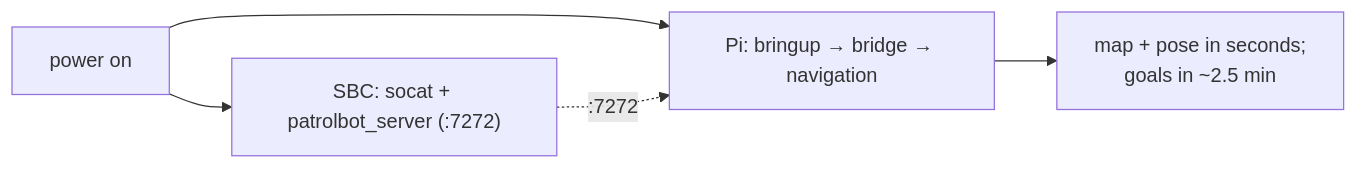
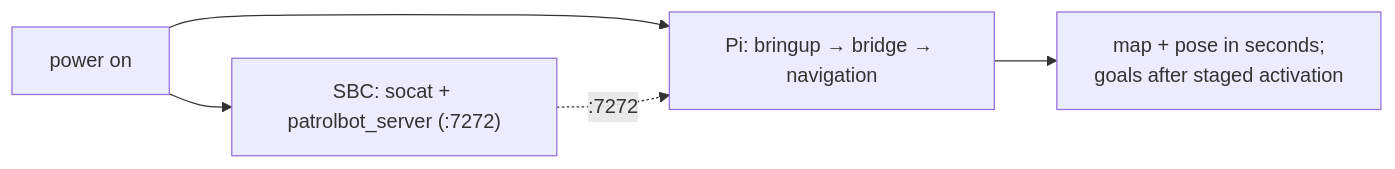
One commit to cmu-impactlab/patrolbot changed the diagram in docs/getting-started/quickstart.md. Above: the diagram before and after it, drawn with Mermaid. The commit also changed other lines of this file and 41 other files, not shown here.

````diff
--- a/docs/getting-started/quickstart.md
+++ b/docs/getting-started/quickstart.md
@@ -17,7 +17,7 @@
 ```mermaid
 flowchart LR
     PWR["power on"] --> SBC["SBC: socat + patrolbot_server (:7272)"]
     PWR --> PI["Pi: bringup → bridge → navigation"]
     SBC -. ":7272" .-> PI
-    PI --> READY["map + pose in seconds;\ngoals in ~2.5 min"]
+    PI --> READY["map + pose in seconds;\ngoals after staged activation"]
 ```
````
